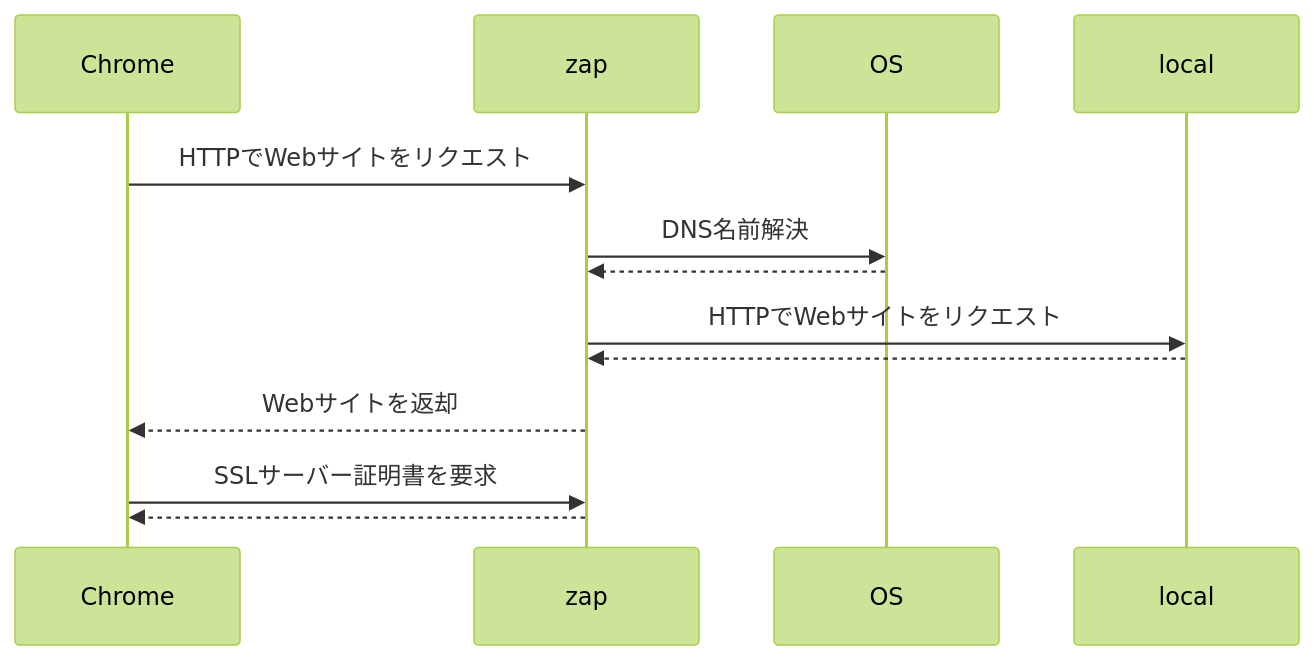
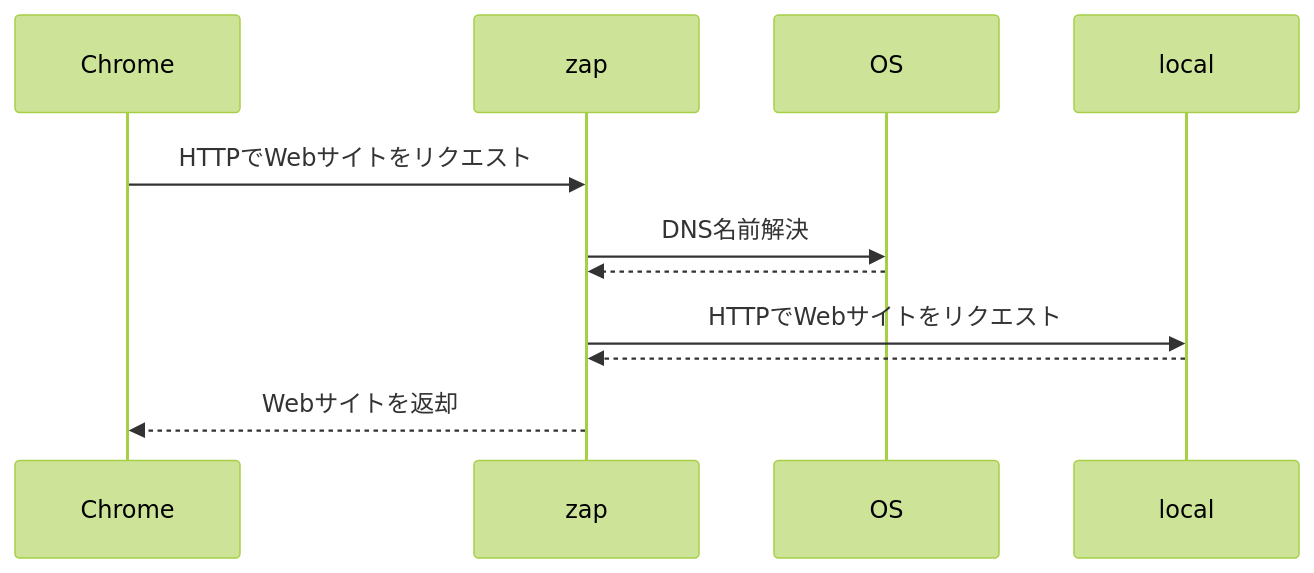
One commit to xhiroga/zenn-content changed the diagram in articles/owasp-zap-localhost-subdomain.md. Above: the diagram before and after it, drawn with Mermaid (forest theme).

Commit message:
chore: 更に削る

````diff
--- a/articles/owasp-zap-localhost-subdomain.md
+++ b/articles/owasp-zap-localhost-subdomain.md
@@ -44,12 +44,9 @@
 ```mermaid
 sequenceDiagram
     Chrome->>zap: HTTPでWebサイトをリクエスト
     zap->>OS: DNS名前解決
     OS-->>zap: 
     zap->>local: HTTPでWebサイトをリクエスト
     local-->>zap: 
     zap-->>Chrome: Webサイトを返却
-    Chrome->>zap: SSLサーバー証明書を要求
-    zap-->>Chrome: 
-
 ```
````
